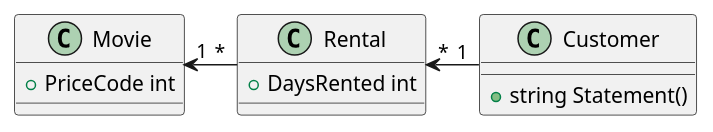
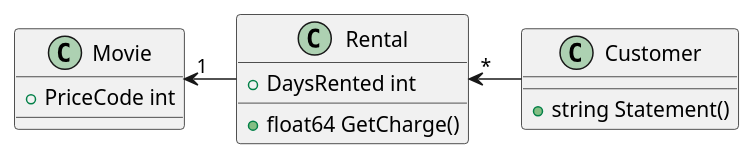
One commit to LiuPai/refactoring changed the diagram in VideoStore/diagram/class.puml. Above: the diagram before and after it, drawn with PlantUML. The commit also changed 1 other file, not shown here.

```diff
--- a/VideoStore/diagram/class.puml
+++ b/VideoStore/diagram/class.puml
@@ -1,11 +1,12 @@
 class Movie {
 + PriceCode int
 }
 class Rental {
 + DaysRented int
++ float64 GetCharge()
 }
 class Customer {
 + string Statement()
 }
-Customer "1" -l-> "*" Rental
-Rental "*" -l-> "1" Movie
+Customer -l-> "*" Rental
+Rental -l-> "1" Movie
```
